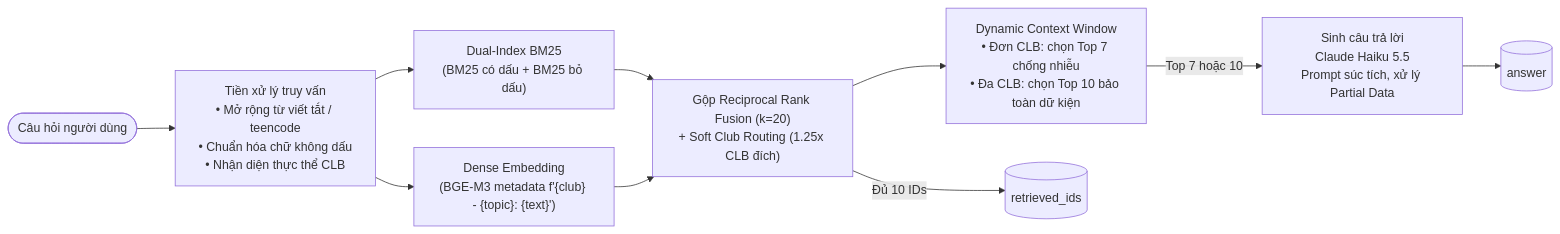
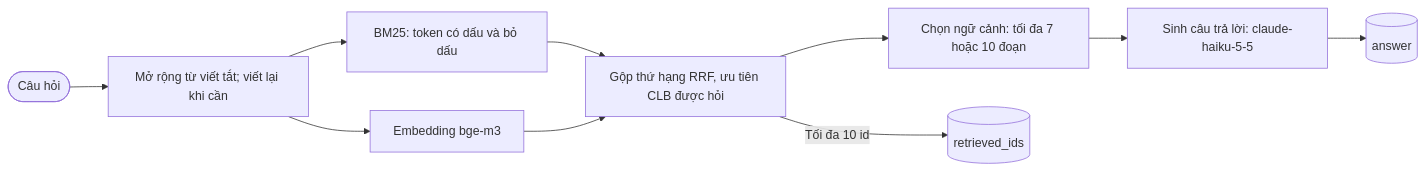
One commit to LeThuyyy/NeoRAG-Cup-2026-Sub changed the diagram in README.md. Above: the diagram before and after it, drawn with Mermaid. The commit also changed other lines of this file, not shown here.

````diff
--- a/README.md
+++ b/README.md
@@ -76,16 +69,12 @@
 ```mermaid
 flowchart LR
-    Q([Câu hỏi người dùng]) --> PRE["Tiền xử lý truy vấn<br/>• Mở rộng từ viết tắt / teencode<br/>• Chuẩn hóa chữ không dấu<br/>• Nhận diện thực thể CLB"]
-    
-    PRE --> BM["Dual-Index BM25<br/>(BM25 có dấu + BM25 bỏ dấu)"]
-    PRE --> DE["Dense Embedding<br/>(BGE-M3 metadata f'{club} - {topic}: {text}')"]
-    
-    BM --> RRF["Gộp Reciprocal Rank Fusion (k=20)<br/>+ Soft Club Routing (1.25x CLB đích)"]
+    Q([Câu hỏi]) --> PRE["Mở rộng từ viết tắt; viết lại khi cần"]
+    PRE --> BM["BM25: token có dấu và bỏ dấu"]
+    PRE --> DE["Embedding bge-m3"]
+    BM --> RRF["Gộp thứ hạng RRF, ưu tiên CLB được hỏi"]
     DE --> RRF
-    
-    RRF --> DYN["Dynamic Context Window<br/>• Đơn CLB: chọn Top 7 chống nhiễu<br/>• Đa CLB: chọn Top 10 bảo toàn dữ kiện"]
-    
-    RRF -->|Đủ 10 IDs| OUT1[(retrieved_ids)]
-    DYN -->|Top 7 hoặc 10| GEN["Sinh câu trả lời<br/>Claude Haiku 5.5<br/>Prompt súc tích, xử lý Partial Data"]
+    RRF --> DYN["Chọn ngữ cảnh: tối đa 7 hoặc 10 đoạn"]
+    RRF -->|Tối đa 10 id| OUT1[(retrieved_ids)]
+    DYN --> GEN["Sinh câu trả lời: claude-haiku-5-5"]
     GEN --> OUT2[(answer)]
 ```
````
